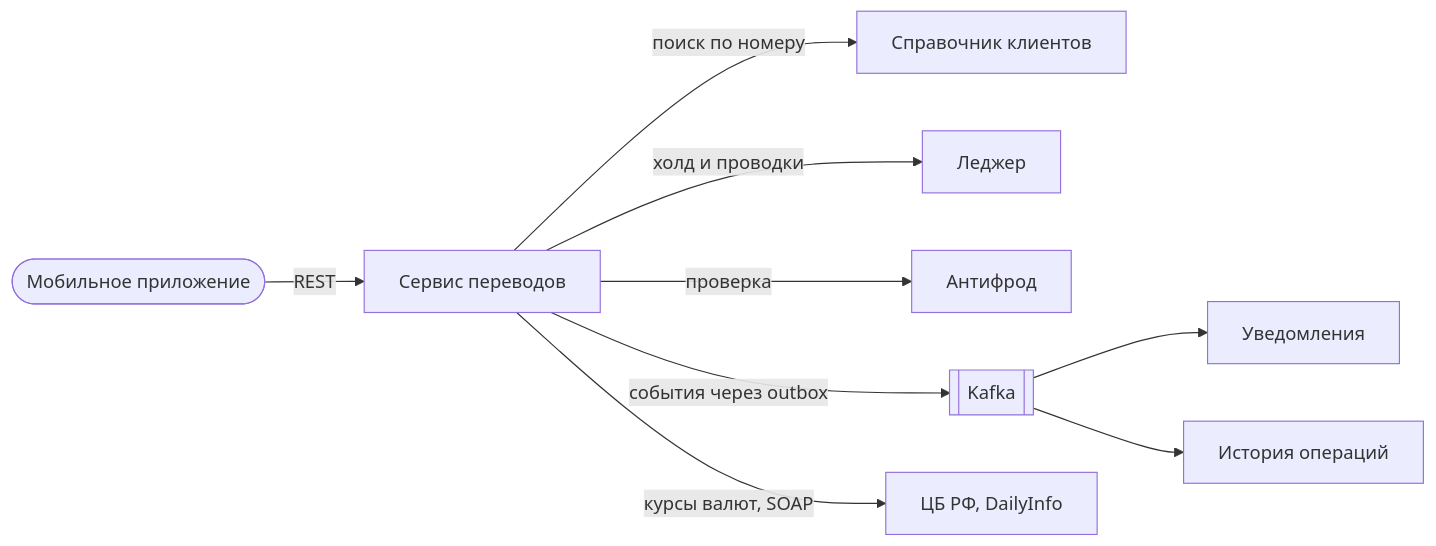
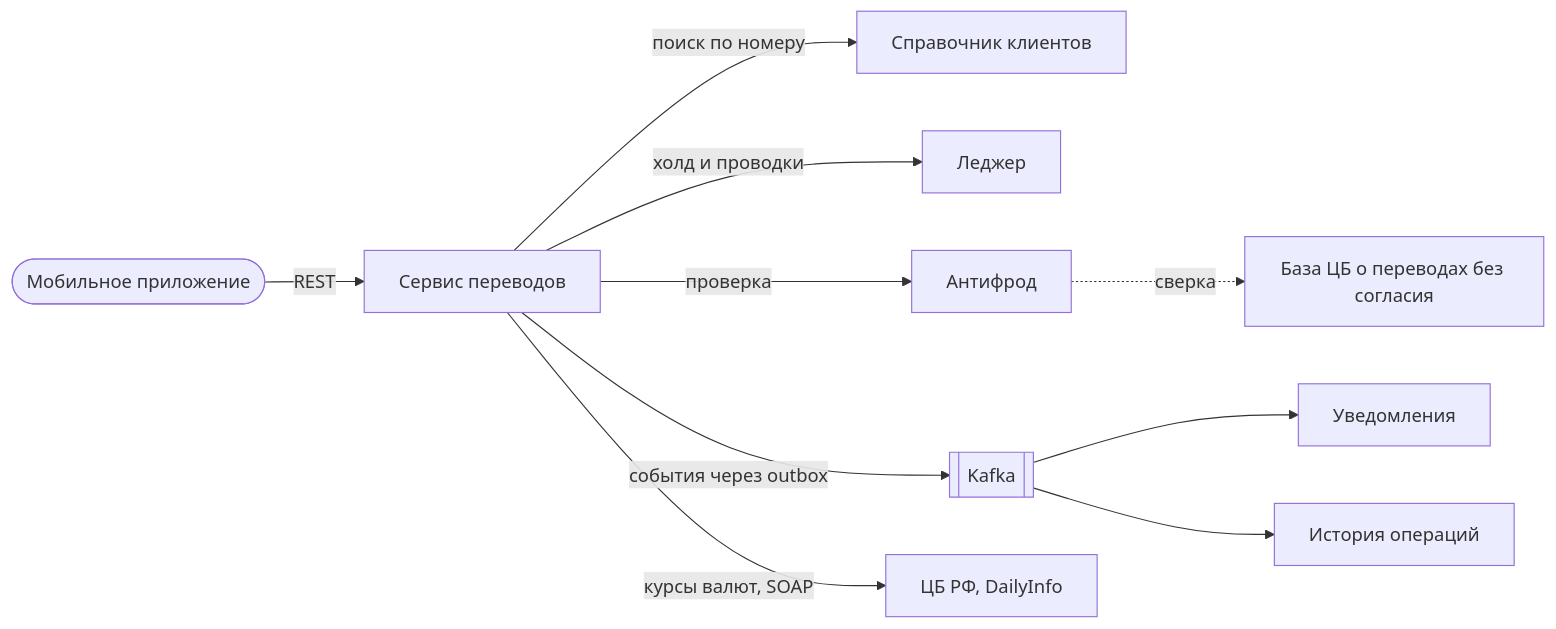
Before and after one commit to KORTEZZ12/phone-transfers: the diagram in docs/requirements/vision.md, drawn with Mermaid. The commit also changed other lines of this file and 21 other files, not shown here.

````diff
--- a/docs/requirements/vision.md
+++ b/docs/requirements/vision.md
@@ -13,11 +13,12 @@
 ```mermaid
 flowchart LR
   App([Мобильное приложение]) -->|REST| TS[Сервис переводов]
   TS -->|поиск по номеру| Dir[Справочник клиентов]
   TS -->|холд и проводки| L[Леджер]
   TS -->|проверка| AF[Антифрод]
+  AF -.->|сверка| FC[База ЦБ о переводах без согласия]
   TS -->|события через outbox| K[[Kafka]]
   K --> N[Уведомления]
   K --> H[История операций]
   TS -->|курсы валют, SOAP| CBR[ЦБ РФ, DailyInfo]
 ```
````
